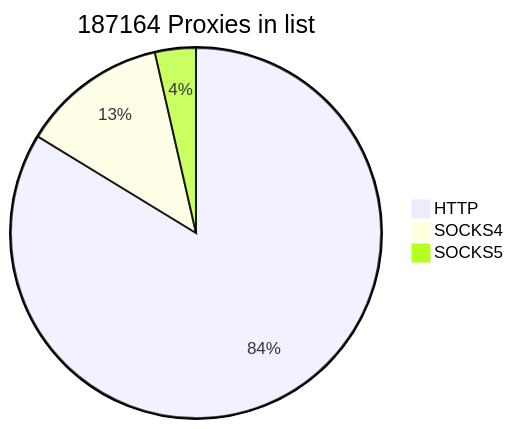
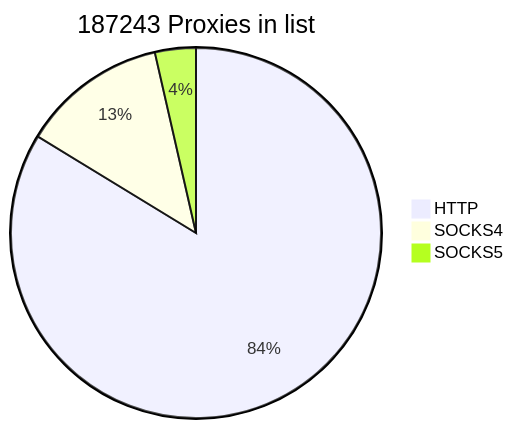
One commit to cutipu/proxylist changed the first of 2 diagrams in README.md. Above: the diagram before and after it, drawn with Mermaid. The commit also changed other lines of this file, not shown here.

````diff
--- a/README.md
+++ b/README.md
@@ -2,7 +2,7 @@
 ```mermaid
-pie title 187164 Proxies in list
-    "HTTP" : 156684
+pie title 187243 Proxies in list
+    "HTTP" : 156763
     "SOCKS4" : 23800
     "SOCKS5" : 6680
             
 ```
````
